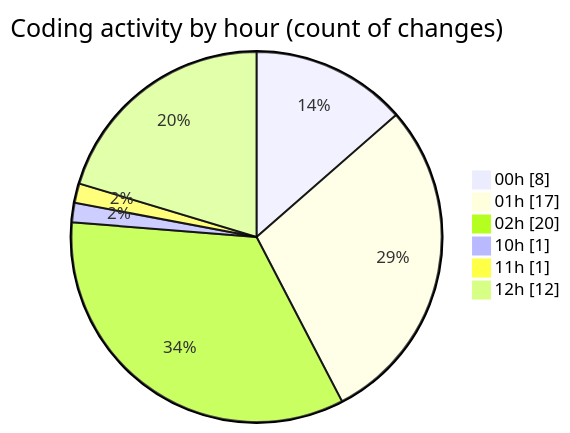
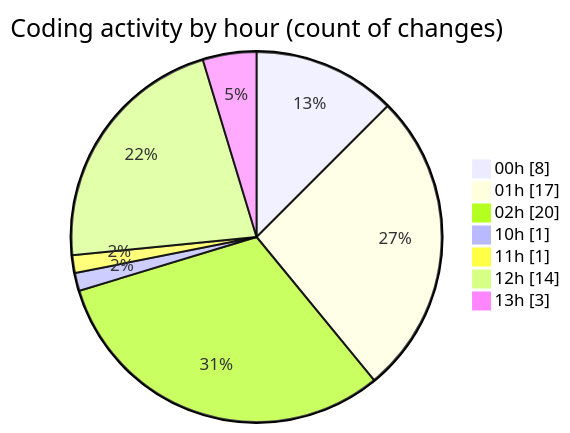
The second of 2 diagrams in 2025-05-02/niten/README.md (Elitesun/code-tracking), drawn with Mermaid before and after one commit. The commit also changed other lines of this file and 1 other file, not shown here.

````diff
--- a/2025-05-02/niten/README.md
+++ b/2025-05-02/niten/README.md
@@ -51,10 +51,11 @@
 ```mermaid
 pie showData
 title Coding activity by hour (count of changes)
 "00h" : 8
 "01h" : 17
 "02h" : 20
 "10h" : 1
 "11h" : 1
-"12h" : 12
+"12h" : 14
+"13h" : 3
 ```
````
